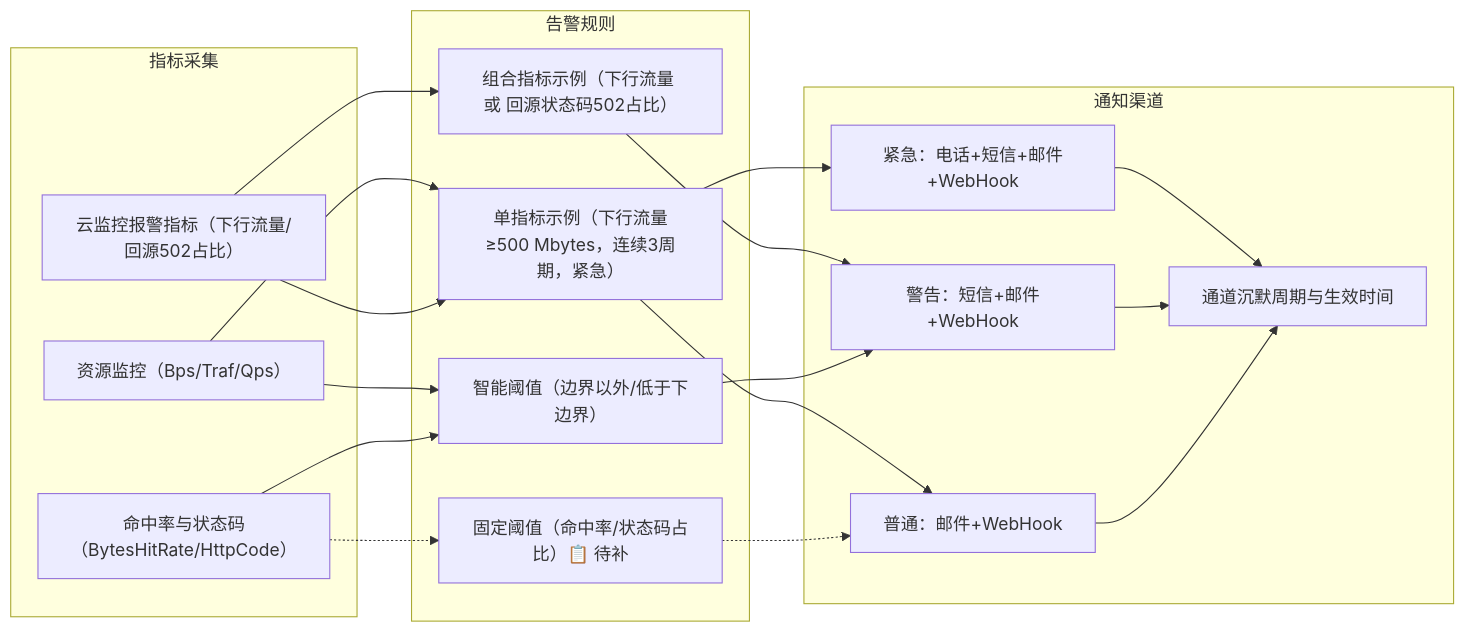
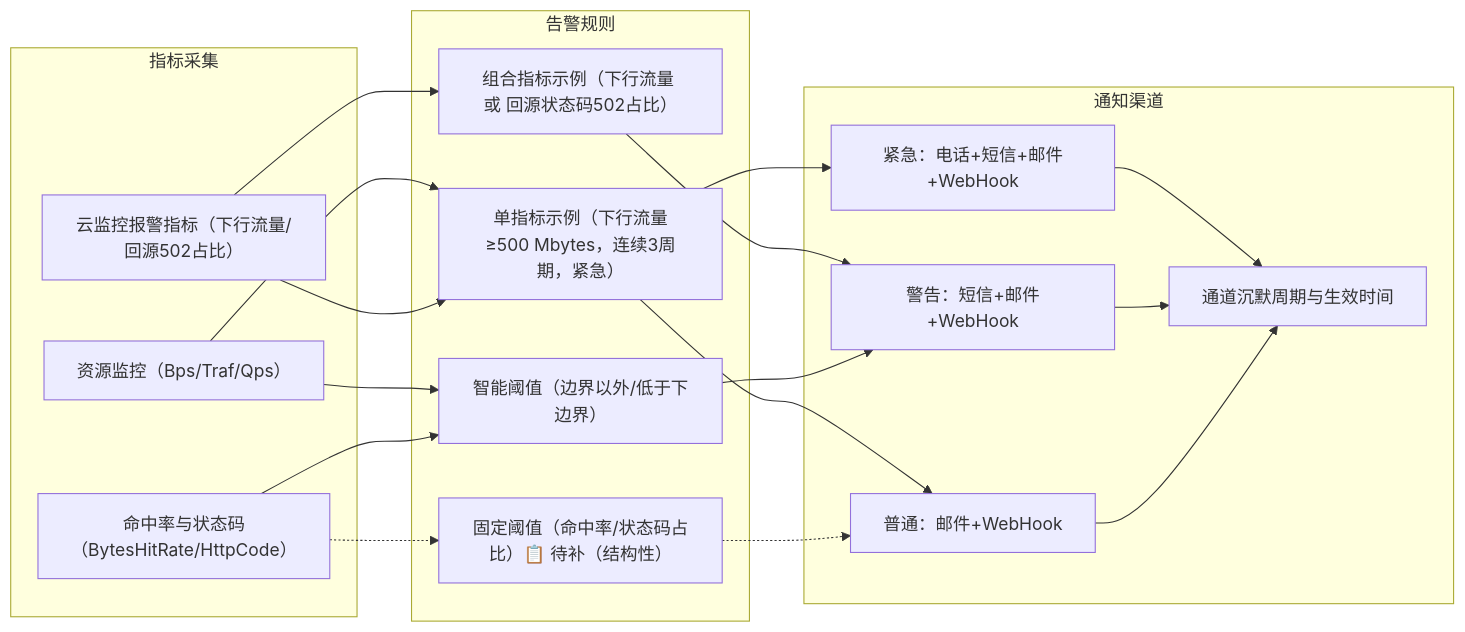
The diagram in products/cdn/09-监控与告警.md (kudig-io/checky), drawn with Mermaid before and after one commit. The commit also changed other lines of this file and 103 other files, not shown here.

````diff
--- a/products/cdn/09-监控与告警.md
+++ b/products/cdn/09-监控与告警.md
@@ -7,34 +7,34 @@
 ```mermaid
 flowchart LR
     subgraph S1["指标采集"]
         A1["资源监控（Bps/Traf/Qps）"]
         A2["命中率与状态码（BytesHitRate/HttpCode）"]
         A3["云监控报警指标（下行流量/回源502占比）"]
     end
     subgraph S2["告警规则"]
         B1["单指标示例（下行流量≥500 Mbytes，连续3周期，紧急）"]
         B2["组合指标示例（下行流量 或 回源状态码502占比）"]
         B3["智能阈值（边界以外/低于下边界）"]
-        B4["固定阈值（命中率/状态码占比）📋 待补"]
+        B4["固定阈值（命中率/状态码占比）📋 待补（结构性）"]
     end
     subgraph S3["通知渠道"]
         C1["紧急：电话+短信+邮件+WebHook"]
         C2["警告：短信+邮件+WebHook"]
         C3["普通：邮件+WebHook"]
         C4["通道沉默周期与生效时间"]
     end
     A1 --> B1
     A1 --> B3
     A3 --> B1
     A3 --> B2
     A2 --> B3
     A2 -.-> B4
     B1 --> C1
     B1 --> C3
     B2 --> C2
     B3 --> C2
     B4 -.-> C3
     C1 --> C4
     C2 --> C4
     C3 --> C4
 ```
````
